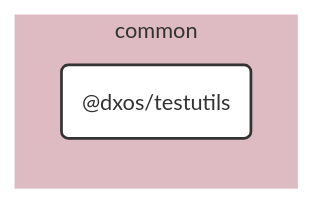
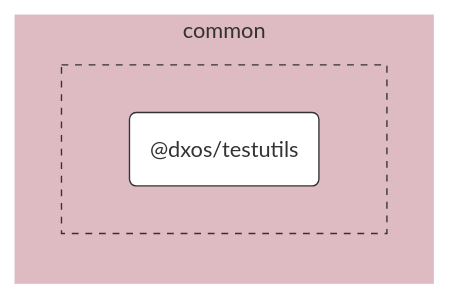
The diagram in packages/common/testutils/docs/README.md (dxos/dxos), drawn with Mermaid before and after one commit. The commit also changed 104 other files, not shown here.

````diff
--- a/packages/common/testutils/docs/README.md
+++ b/packages/common/testutils/docs/README.md
@@ -7,25 +7,24 @@
 ```mermaid
 %%{ init: {'flowchart':{'curve':'basis'}} }%%
 
 flowchart LR
 
-%% Links
+%% Classes
+classDef def fill:#fff,stroke:#333,stroke-width:1px
+classDef root fill:#fff,stroke:#333,stroke-width:4px
 
-%% Sections
-subgraph common
-  style common fill:#debac2,stroke:#fff;
+%% Nodes
 
-  dxos/testutils("@dxos/testutils")
+subgraph common [common]
+  style common fill:#debac2,stroke:#fff
+
+  subgraph common-excluded [ ]
+    style common-excluded fill:#debac2,stroke:#333,stroke-dasharray:5 5
+    dxos/testutils("@dxos/testutils"):::def
+    click dxos/testutils "dxos/dxos/tree/main/packages/common/testutils/docs"
+  end
 end
 
-
-%% Hyperlinks
-
-%% Styles
-classDef rootNode fill:#fff,stroke:#333,stroke-width:2px
-classDef defaultNode fill:#fff,stroke:#333,stroke-width:1px
+%% Links
 linkStyle default stroke:#333,stroke-width:1px
-
-dxos/testutils:::rootNode
-
 ```
````
